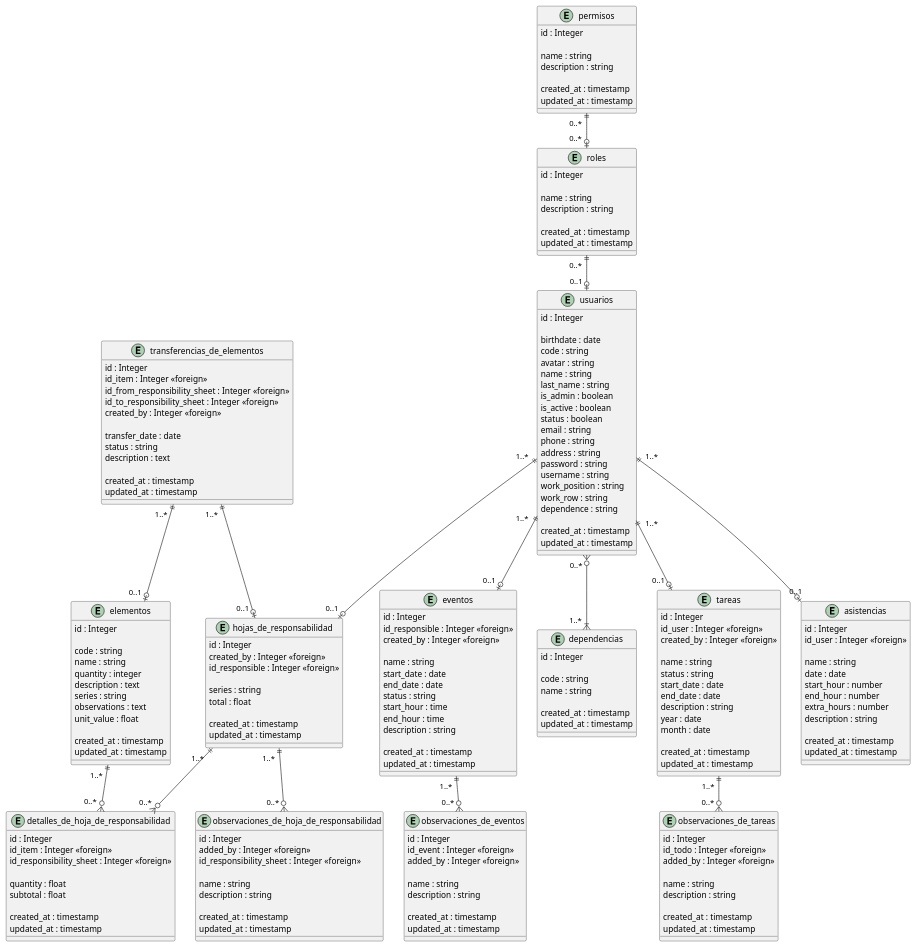
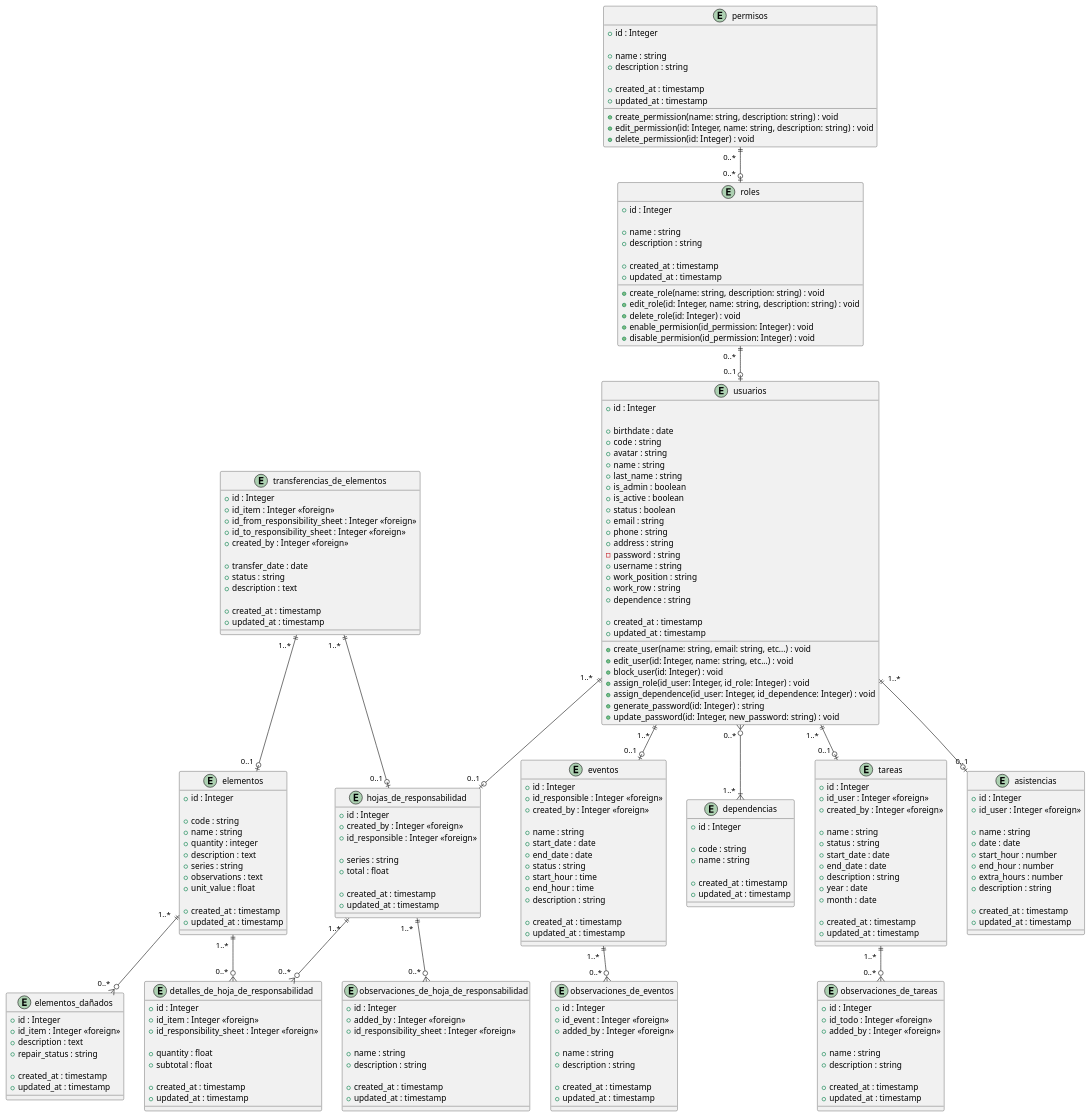
The diagram in docs/Clases - Rev 1/DC 2 - Identificación de entidades.plantuml (JuanVicGT/Responsabilidades), drawn with PlantUML before and after one commit. The commit also changed 5 other files, not shown here.

Commit message:
[📝update] Diagrama de clases y despliegue - otros en progreso aún

```diff
--- a/docs/Clases - Rev 1/DC 2 - Identificación de entidades.plantuml
+++ b/docs/Clases - Rev 1/DC 2 - Identificación de entidades.plantuml
@@ -1,198 +1,229 @@
-@startuml "DC 02 - Identificación de entidades"
+@startuml "DC 02 - Diagrama de clases"
 
 /' === Fuertes === '/
 entity users as "usuarios" {
-    id : Integer
+    +id : Integer
 
-    birthdate : date
-    code : string
-    avatar : string
-    name : string
-    last_name : string
-    is_admin : boolean
-    is_active : boolean
-    status : boolean
-    email : string
-    phone : string
-    address : string
-    password : string
-    username : string
-    work_position : string
-    work_row : string
-    dependence : string
+    +birthdate : date
+    +code : string
+    +avatar : string
+    +name : string
+    +last_name : string
+    +is_admin : boolean
+    +is_active : boolean
+    +status : boolean
+    +email : string
+    +phone : string
+    +address : string
+    -password : string
+    +username : string
+    +work_position : string
+    +work_row : string
+    +dependence : string
 
-    created_at : timestamp
-    updated_at : timestamp
+    +created_at : timestamp
+    +updated_at : timestamp
+
+    /' === Métodos === '/
+    +create_user(name: string, email: string, etc...) : void
+    +edit_user(id: Integer, name: string, etc...) : void
+    +block_user(id: Integer) : void
+    +assign_role(id_user: Integer, id_role: Integer) : void
+    +assign_dependence(id_user: Integer, id_dependence: Integer) : void
+    +generate_password(id: Integer) : string
+    +update_password(id: Integer, new_password: string) : void
 }
 
 entity events as "eventos" {
-    id : Integer
-    id_responsible : Integer <<foreign>>
-    created_by : Integer <<foreign>>
+    +id : Integer
+    +id_responsible : Integer <<foreign>>
+    +created_by : Integer <<foreign>>
 
-    name : string
-    start_date : date
-    end_date : date
-    status : string
-    start_hour : time
-    end_hour : time
-    description : string
+    +name : string
+    +start_date : date
+    +end_date : date
+    +status : string
+    +start_hour : time
+    +end_hour : time
+    +description : string
 
-    created_at : timestamp
-    updated_at : timestamp
+    +created_at : timestamp
+    +updated_at : timestamp
 }
 
 entity dependences as "dependencias" {
-    id : Integer
+    +id : Integer
 
-    code : string
-    name : string
+    +code : string
+    +name : string
 
-    created_at : timestamp
-    updated_at : timestamp
+    +created_at : timestamp
+    +updated_at : timestamp
 }
 
 entity items as "elementos" {
-    id : Integer
+    +id : Integer
 
-    code : string
-    name : string
-    quantity : integer
-    description : text
-    series : string
-    observations : text
-    unit_value : float
+    +code : string
+    +name : string
+    +quantity : integer
+    +description : text
+    +series : string
+    +observations : text
+    +unit_value : float
 
-    created_at : timestamp
-    updated_at : timestamp
+    +created_at : timestamp
+    +updated_at : timestamp
 }
 
 entity responsibility_sheets as "hojas_de_responsabilidad" {
-    id : Integer
-    created_by : Integer <<foreign>>
-    id_responsible : Integer <<foreign>>
+    +id : Integer
+    +created_by : Integer <<foreign>>
+    +id_responsible : Integer <<foreign>>
 
-    series : string
-    total : float
+    +series : string
+    +total : float
 
-    created_at : timestamp
-    updated_at : timestamp
+    +created_at : timestamp
+    +updated_at : timestamp
 }
 
 /' === Débiles === '/
 entity todos as "tareas" {
-    id : Integer
-    id_user : Integer <<foreign>>
-    created_by : Integer <<foreign>>
+    +id : Integer
+    +id_user : Integer <<foreign>>
+    +created_by : Integer <<foreign>>
 
-    name : string
-    status : string
-    start_date : date
-    end_date : date
-    description : string
-    year : date
-    month : date
+    +name : string
+    +status : string
+    +start_date : date
+    +end_date : date
+    +description : string
+    +year : date
+    +month : date
 
-    created_at : timestamp
-    updated_at : timestamp
+    +created_at : timestamp
+    +updated_at : timestamp
 }
 
 entity attendances as "asistencias" {
-    id : Integer
-    id_user : Integer <<foreign>>
+    +id : Integer
+    +id_user : Integer <<foreign>>
 
-    name : string
-    date : date
-    start_hour : number
-    end_hour : number
-    extra_hours : number
-    description : string
+    +name : string
+    +date : date
+    +start_hour : number
+    +end_hour : number
+    +extra_hours : number
+    +description : string
 
-    created_at : timestamp
-    updated_at : timestamp
+    +created_at : timestamp
+    +updated_at : timestamp
 }
 
 entity line_responsibility_sheets as "detalles_de_hoja_de_responsabilidad" {
-    id : Integer
-    id_item : Integer <<foreign>>
-    id_responsibility_sheet : Integer <<foreign>>
+    +id : Integer
+    +id_item : Integer <<foreign>>
+    +id_responsibility_sheet : Integer <<foreign>>
 
-    quantity : float
-    subtotal : float
+    +quantity : float
+    +subtotal : float
 
-    created_at : timestamp
-    updated_at : timestamp
+    +created_at : timestamp
+    +updated_at : timestamp
 }
 
 entity observation_responsibility_sheets as "observaciones_de_hoja_de_responsabilidad" {
-    id : Integer
-    added_by : Integer <<foreign>>
-    id_responsibility_sheet : Integer <<foreign>>
+    +id : Integer
+    +added_by : Integer <<foreign>>
+    +id_responsibility_sheet : Integer <<foreign>>
 
-    name : string
-    description : string
+    +name : string
+    +description : string
 
-    created_at : timestamp
-    updated_at : timestamp
+    +created_at : timestamp
+    +updated_at : timestamp
 }
 
 entity roles as "roles" {
-    id : Integer
+    +id : Integer
 
-    name : string
-    description : string
+    +name : string
+    +description : string
 
-    created_at : timestamp
-    updated_at : timestamp
+    +created_at : timestamp
+    +updated_at : timestamp
+
+    /' === Métodos === '/
+    +create_role(name: string, description: string) : void
+    +edit_role(id: Integer, name: string, description: string) : void
+    +delete_role(id: Integer) : void
+    +enable_permision(id_permission: Integer) : void
+    +disable_permision(id_permission: Integer) : void
 }
 
 entity permissions as "permisos" {
-    id : Integer
+    +id : Integer
 
-    name : string
-    description : string
+    +name : string
+    +description : string
 
-    created_at : timestamp
-    updated_at : timestamp
+    +created_at : timestamp
+    +updated_at : timestamp
+
+    /' === Métodos === '/
+    +create_permission(name: string, description: string) : void
+    +edit_permission(id: Integer, name: string, description: string) : void
+    +delete_permission(id: Integer) : void
 }
 
 entity item_transfers as "transferencias_de_elementos" {
-    id : Integer
-    id_item : Integer <<foreign>>
-    id_from_responsibility_sheet : Integer <<foreign>>
-    id_to_responsibility_sheet : Integer <<foreign>>
-    created_by : Integer <<foreign>>
+    +id : Integer
+    +id_item : Integer <<foreign>>
+    +id_from_responsibility_sheet : Integer <<foreign>>
+    +id_to_responsibility_sheet : Integer <<foreign>>
+    +created_by : Integer <<foreign>>
 
-    transfer_date : date
-    status : string
-    description : text
+    +transfer_date : date
+    +status : string
+    +description : text
 
-    created_at : timestamp
-    updated_at : timestamp
+    +created_at : timestamp
+    +updated_at : timestamp
 }
 
 entity observation_events as "observaciones_de_eventos" {
-    id : Integer
-    id_event : Integer <<foreign>>
-    added_by : Integer <<foreign>>
+    +id : Integer
+    +id_event : Integer <<foreign>>
+    +added_by : Integer <<foreign>>
 
-    name : string
-    description : string
+    +name : string
+    +description : string
 
-    created_at : timestamp
-    updated_at : timestamp
+    +created_at : timestamp
+    +updated_at : timestamp
 }
 
 entity observation_todos as "observaciones_de_tareas" {
-    id : Integer
-    id_todo : Integer <<foreign>>
-    added_by : Integer <<foreign>>
+    +id : Integer
+    +id_todo : Integer <<foreign>>
+    +added_by : Integer <<foreign>>
 
-    name : string
-    description : string
+    +name : string
+    +description : string
 
-    created_at : timestamp
-    updated_at : timestamp
+    +created_at : timestamp
+    +updated_at : timestamp
+}
+
+entity damaged_items as "elementos_dañados" {
+    +id : Integer
+    +id_item : Integer <<foreign>>
+    +description : text
+    +repair_status : string
+
+    +created_at : timestamp
+    +updated_at : timestamp
 }
 
 /' === Relaciones === '/
@@ -214,4 +245,6 @@
 events "  1..*  " ||--o{ "  0..*  " observation_events
 todos "  1..*  " ||--o{ "  0..*  " observation_todos
 
+items "  1..*  " ||--o{ "  0..*  " damaged_items
+
 @enduml
```
